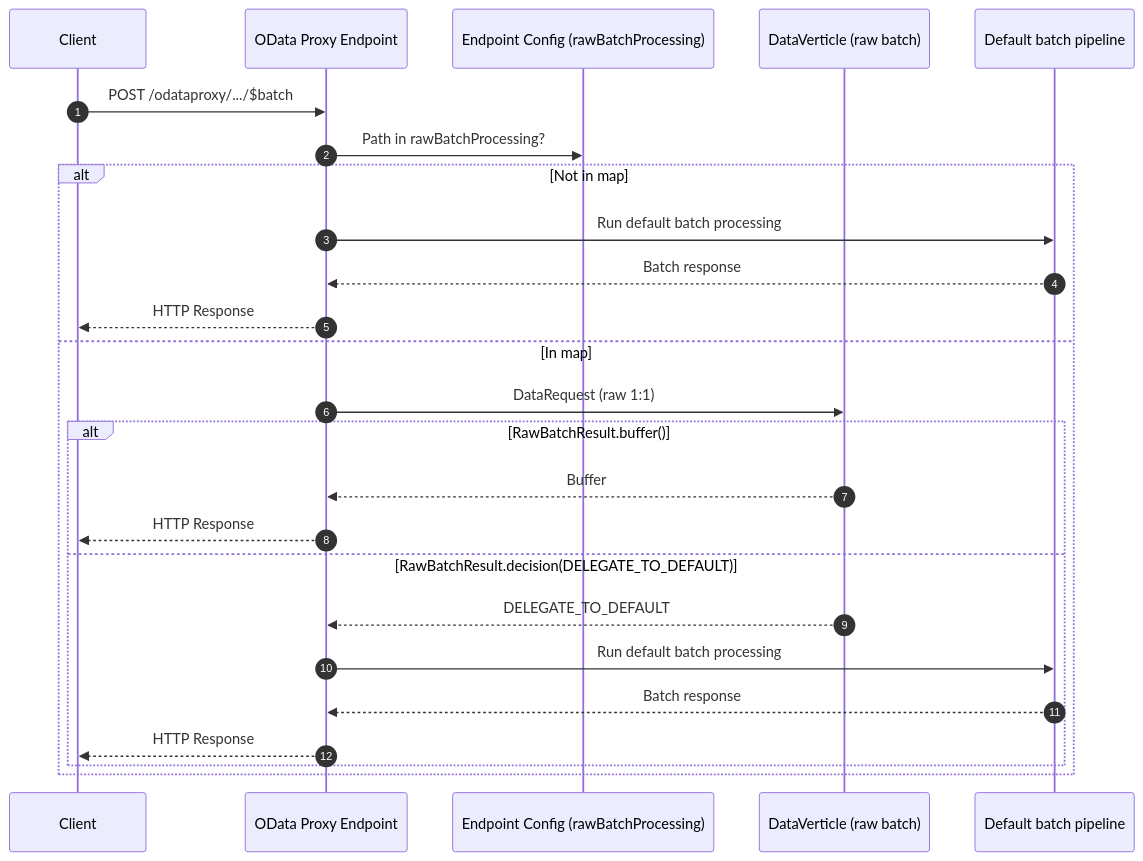
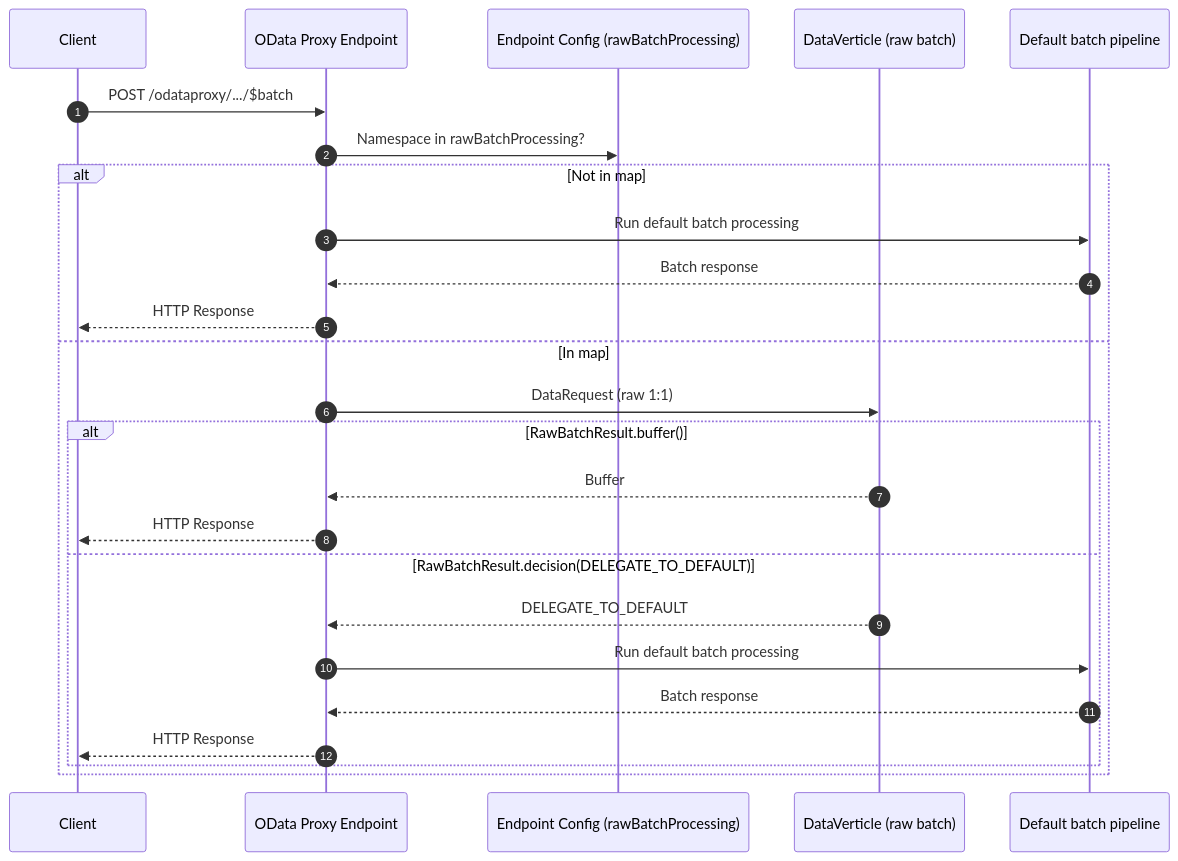
Before and after one commit to SAP/neonbee: the diagram in docs/usage/odata-request-flow.md, drawn with Mermaid. The commit also changed other lines of this file, not shown here.

Commit message:
feat: batch processing

````diff
--- a/docs/usage/odata-request-flow.md
+++ b/docs/usage/odata-request-flow.md
@@ -175,29 +165,29 @@
 ```mermaid
 sequenceDiagram
     autonumber
     participant Client
     participant ODataEndpoint as OData Proxy Endpoint
     participant EndpointConfig as Endpoint Config (rawBatchProcessing)
     participant DataVerticle as DataVerticle (raw batch)
     participant DefaultOData as Default batch pipeline
 
     Client->>ODataEndpoint: POST /odataproxy/.../$batch
-    ODataEndpoint->>EndpointConfig: Path in rawBatchProcessing?
+    ODataEndpoint->>EndpointConfig: Namespace in rawBatchProcessing?
 
     alt Not in map
         ODataEndpoint->>DefaultOData: Run default batch processing
         DefaultOData-->>ODataEndpoint: Batch response
         ODataEndpoint-->>Client: HTTP Response
     else In map
         ODataEndpoint->>DataVerticle: DataRequest (raw 1:1)
         alt RawBatchResult.buffer()
             DataVerticle-->>ODataEndpoint: Buffer
             ODataEndpoint-->>Client: HTTP Response
         else RawBatchResult.decision(DELEGATE_TO_DEFAULT)
             DataVerticle-->>ODataEndpoint: DELEGATE_TO_DEFAULT
             ODataEndpoint->>DefaultOData: Run default batch processing
             DefaultOData-->>ODataEndpoint: Batch response
             ODataEndpoint-->>Client: HTTP Response
         end
     end
 ```
````
